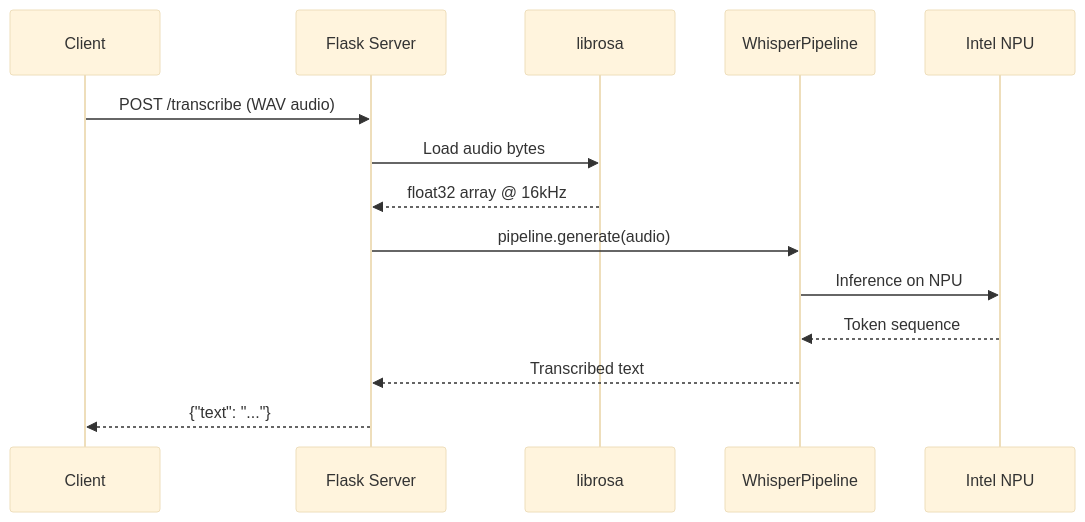
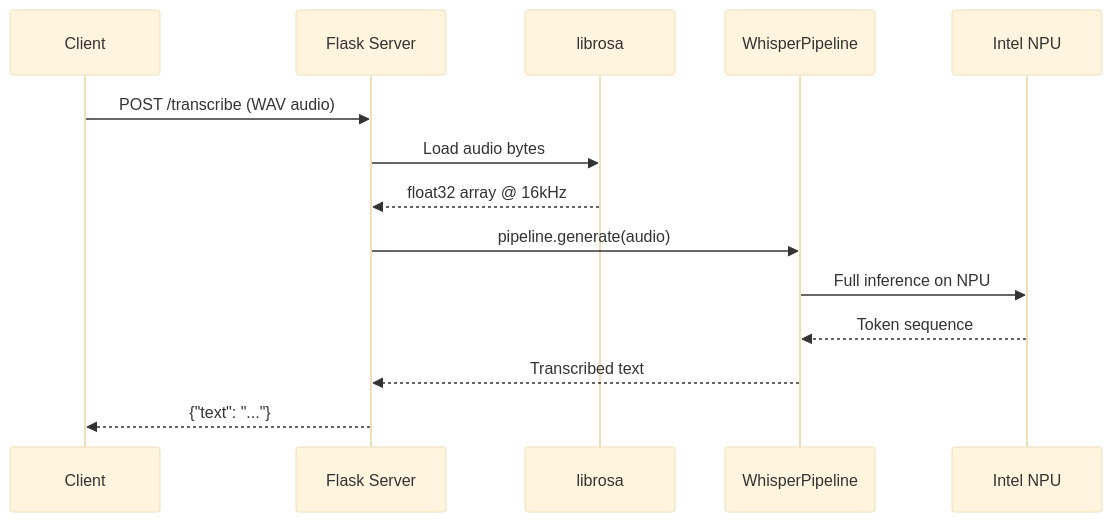
Before and after one commit to dmzoneill/whisper-npu-wayland: the second of 5 diagrams in README.md, drawn with Mermaid (base theme). The commit also changed other lines of this file and 1 other file, not shown here.

First line of the commit message:
Update documentation and default to NPU-only openvino backend

````diff
--- a/README.md
+++ b/README.md
@@ -112,17 +108,17 @@
 ```mermaid
 sequenceDiagram
     participant C as Client
     participant S as Flask Server
     participant L as librosa
     participant P as WhisperPipeline
     participant N as Intel NPU
 
     C->>S: POST /transcribe (WAV audio)
     S->>L: Load audio bytes
     L-->>S: float32 array @ 16kHz
     S->>P: pipeline.generate(audio)
-    P->>N: Inference on NPU
+    P->>N: Full inference on NPU
     N-->>P: Token sequence
     P-->>S: Transcribed text
     S-->>C: {"text": "..."}
 ```
````
